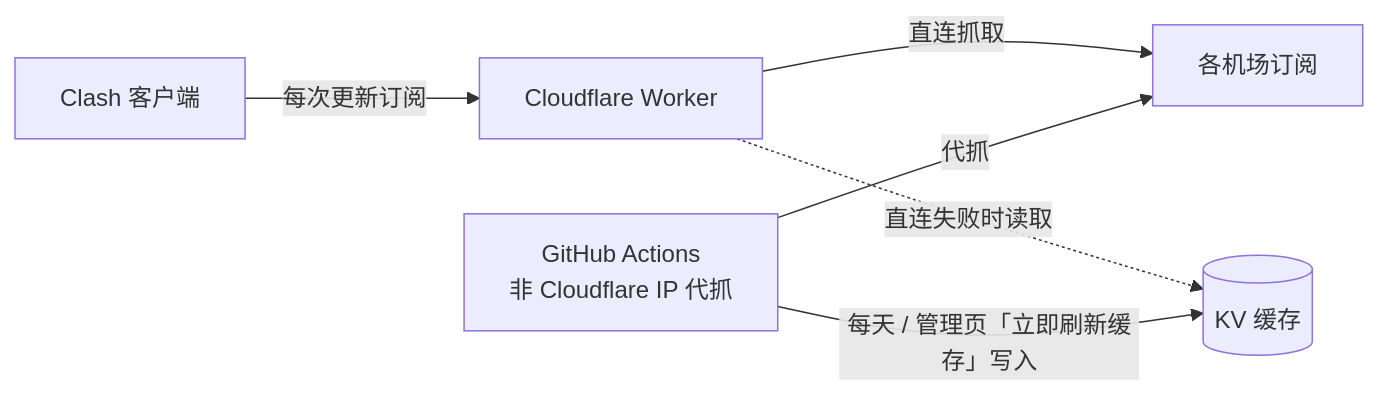
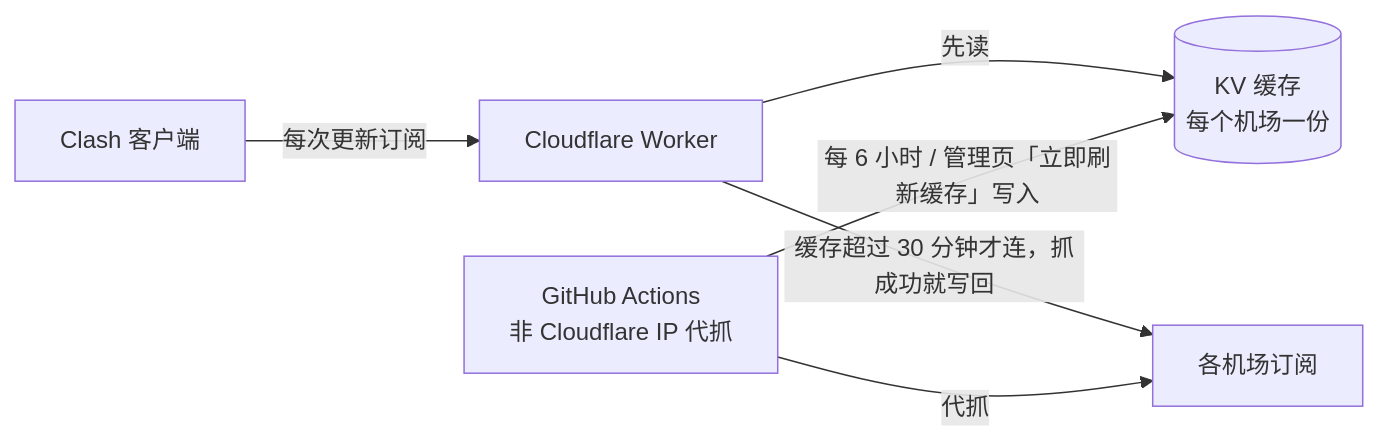
Before and after one commit to exusiai-team/MyClash: the diagram in README.md, drawn with Mermaid. The commit also changed other lines of this file and 7 other files, not shown here.

````diff
--- a/README.md
+++ b/README.md
@@ -15,8 +15,8 @@
 ```mermaid
 flowchart LR
   C[Clash 客户端] -- 每次更新订阅 --> W[Cloudflare Worker]
-  W -- 直连抓取 --> A[各机场订阅]
-  W -. 直连失败时读取 .-> K[(KV 缓存)]
-  G[GitHub Actions<br/>非 Cloudflare IP 代抓] -- 每天 / 管理页「立即刷新缓存」写入 --> K
+  W -- 先读 --> K[(KV 缓存<br/>每个机场一份)]
+  W -- 缓存超过 30 分钟才连，抓成功就写回 --> A[各机场订阅]
+  G[GitHub Actions<br/>非 Cloudflare IP 代抓] -- 每 6 小时 / 管理页「立即刷新缓存」写入 --> K
   G -- 代抓 --> A
 ```
````
